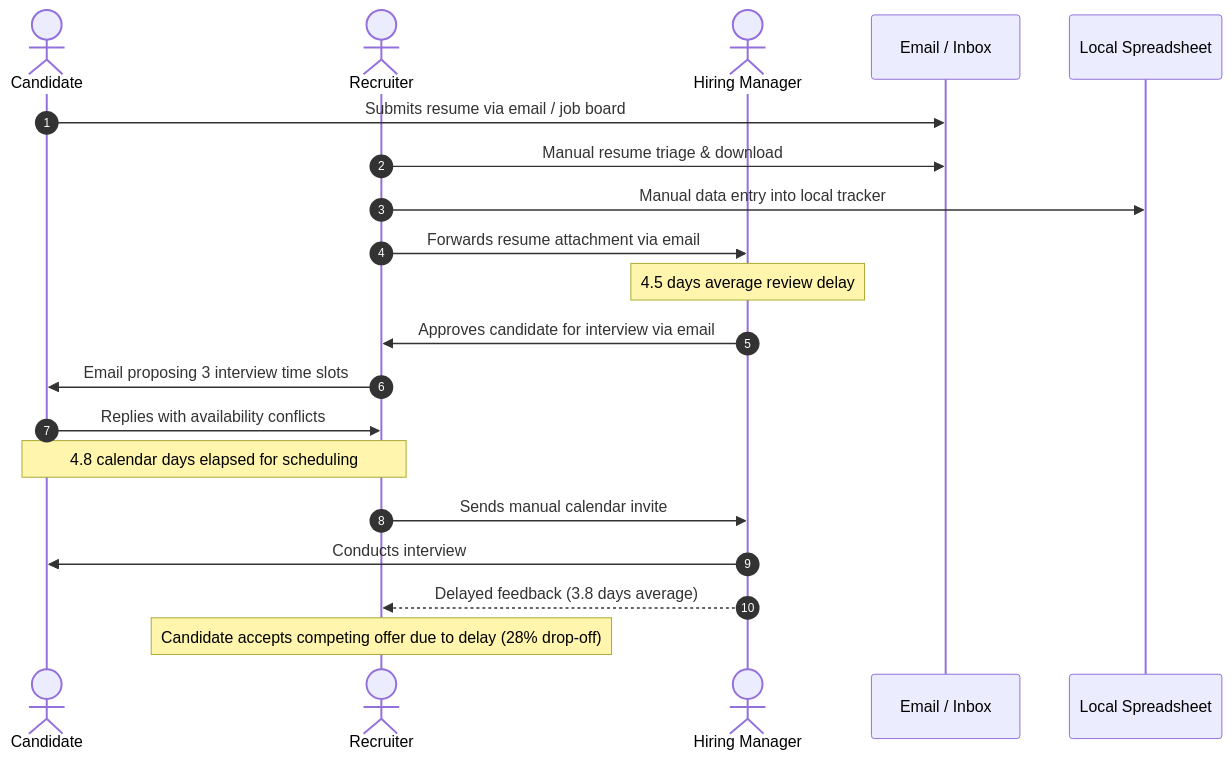
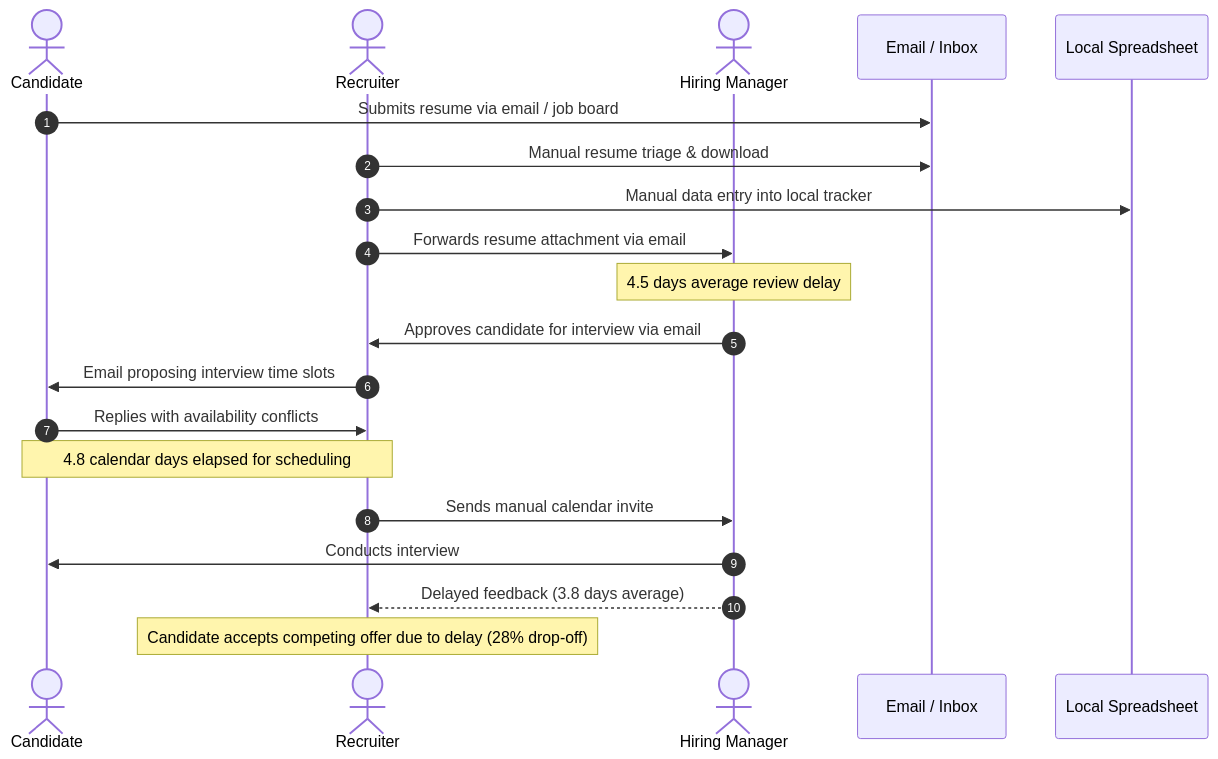
One commit to namrathach10/recruitment-ats-business-analysis changed the second of 5 diagrams in README.md. Above: the diagram before and after it, drawn with Mermaid. The commit also changed other lines of this file and 10 other files, not shown here.

````diff
--- a/README.md
+++ b/README.md
@@ -83,23 +96,23 @@
 ```mermaid
 sequenceDiagram
     autonumber
     actor C as Candidate
     actor R as Recruiter
     actor HM as Hiring Manager
     participant E as Email / Inbox
     participant S as Local Spreadsheet
 
     C->>E: Submits resume via email / job board
     R->>E: Manual resume triage & download
     R->>S: Manual data entry into local tracker
     R->>HM: Forwards resume attachment via email
     Note over HM: 4.5 days average review delay
     HM->>R: Approves candidate for interview via email
-    R->>C: Email proposing 3 interview time slots
+    R->>C: Email proposing interview time slots
     C->>R: Replies with availability conflicts
     Note over R,C: 4.8 calendar days elapsed for scheduling
     R->>HM: Sends manual calendar invite
     HM->>C: Conducts interview
     HM-->>R: Delayed feedback (3.8 days average)
     Note over R: Candidate accepts competing offer due to delay (28% drop-off)
 ```
````
